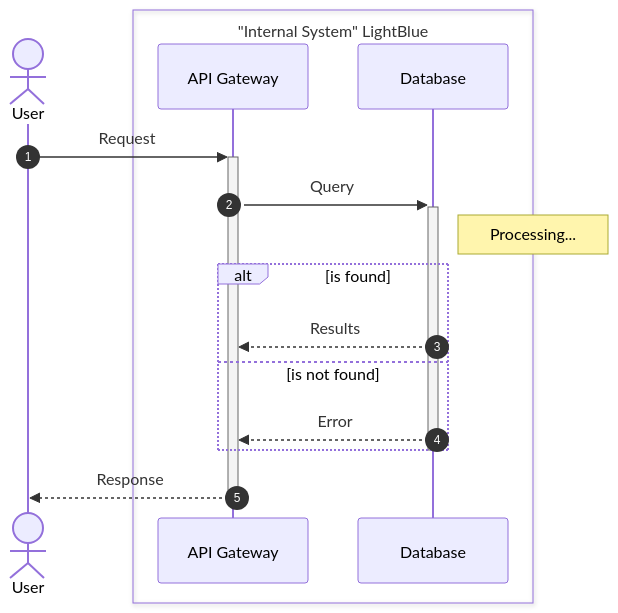
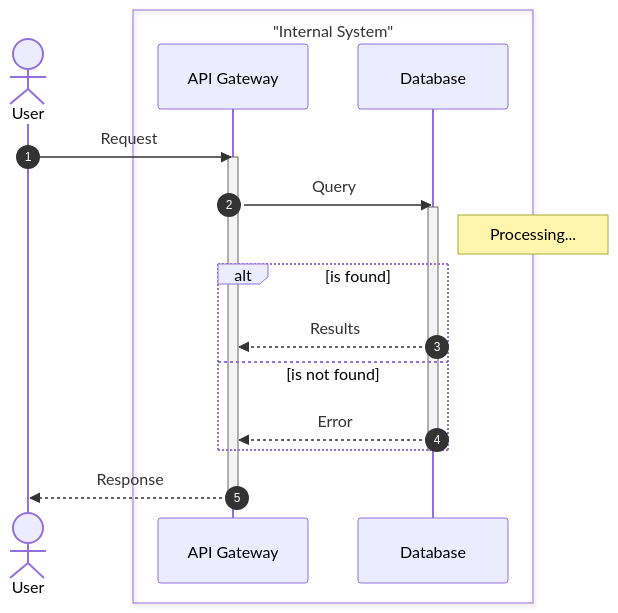
Before and after one commit to Cogni-AI-OU/cogni-ai-agent-skills: diagram 17 of 22 in mermaid/SKILL.md, drawn with Mermaid. The commit also changed other lines of this file and 5 other files, not shown here.

Commit message:
Fixed Mermaid syntax & pre-commit

````diff
--- a/mermaid/SKILL.md
+++ b/mermaid/SKILL.md
@@ -522,22 +522,25 @@
 ```mermaid
 sequenceDiagram
     autonumber
     actor U as User
-    box "Internal System" LightBlue
+    box "Internal System" #LightBlue
         participant A as API Gateway
         participant S as Database
     end
 
-    U->>+A: Request
-    A->>+S: Query
+    U->>A: Request
+    activate A
+    A->>S: Query
+    activate S
     Note right of S: Processing...
 
     alt is found
         S-->>A: Results
     else is not found
         S-->>A: Error
     end
 
     deactivate S
-    A-->>-U: Response
+    A-->>U: Response
+    deactivate A
 ```
````
